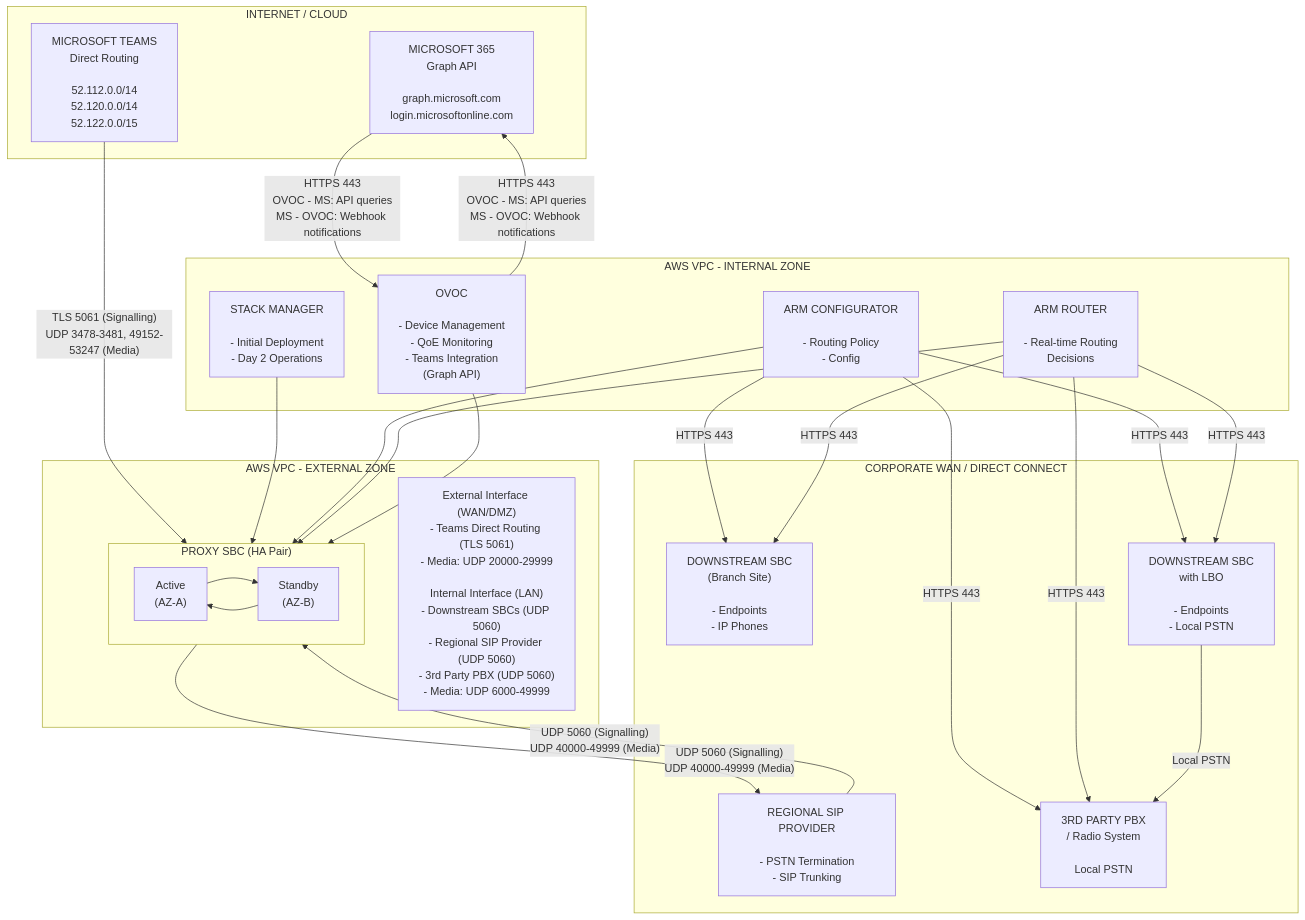
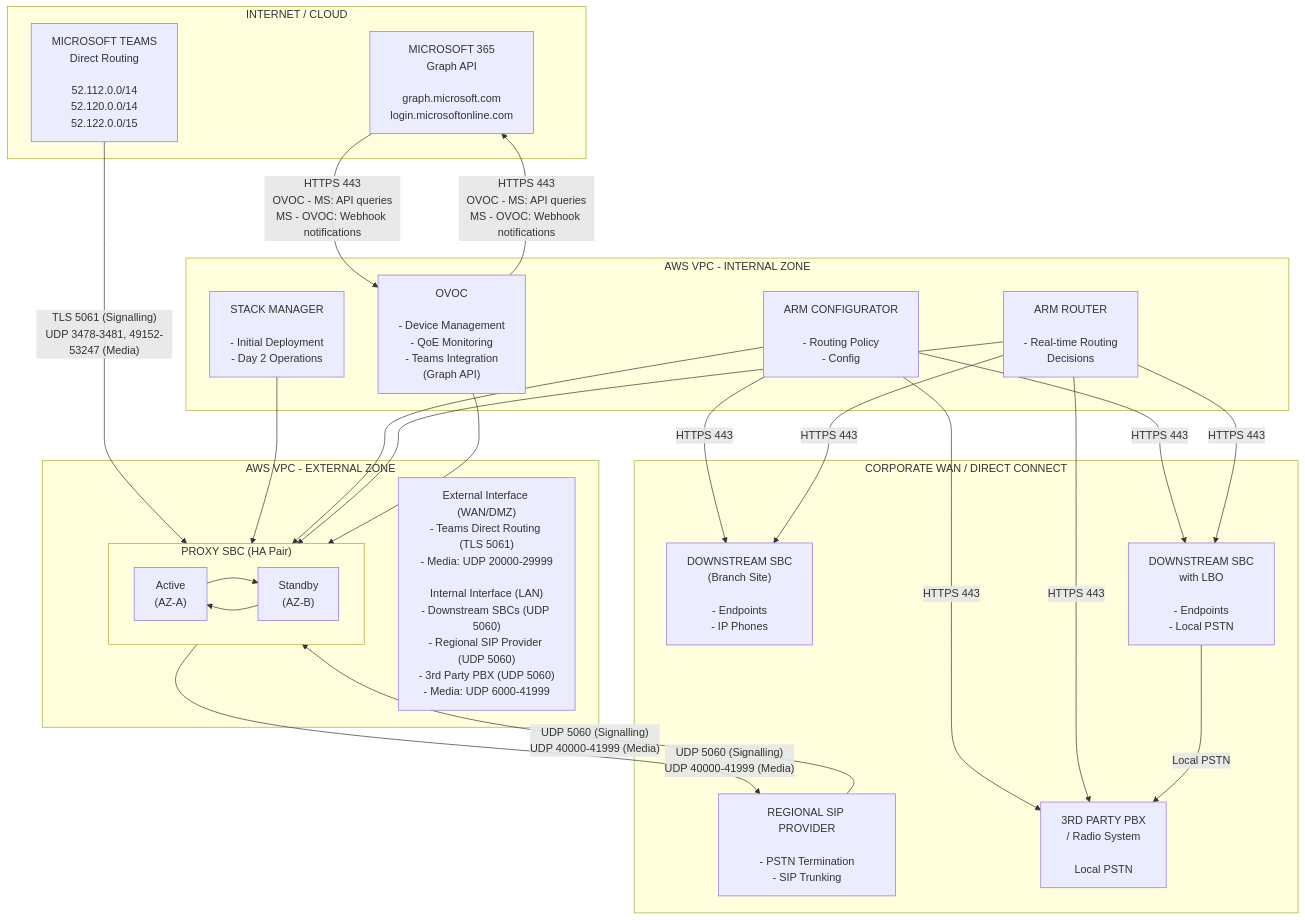
Before and after one commit to kevinsing999/public: diagram 12 of 26 in AudioCodes-AWS-Deployment-Guide.md, drawn with Mermaid. The commit also changed other lines of this file and 53 other files, not shown here.

````diff
--- a/AudioCodes-AWS-Deployment-Guide.md
+++ b/AudioCodes-AWS-Deployment-Guide.md
@@ -3297,52 +3325,52 @@
 ```mermaid
 flowchart TB
     subgraph Internet["INTERNET / CLOUD"]
         Teams["MICROSOFT TEAMS<br/>Direct Routing<br/><br/>52.112.0.0/14<br/>52.120.0.0/14<br/>52.122.0.0/15"]
         M365["MICROSOFT 365<br/>Graph API<br/><br/>graph.microsoft.com<br/>login.microsoftonline.com"]
     end
 
     subgraph ExternalZone["AWS VPC - EXTERNAL ZONE"]
         subgraph ProxySBC["PROXY SBC (HA Pair)"]
             Active["Active<br/>(AZ-A)"]
             Standby["Standby<br/>(AZ-B)"]
             Active --> Standby
             Standby --> Active
         end
-        ProxySBCInfo["External Interface (WAN/DMZ)<br/>- Teams Direct Routing (TLS 5061)<br/>- Media: UDP 20000-29999<br/><br/>Internal Interface (LAN)<br/>- Downstream SBCs (UDP 5060)<br/>- Regional SIP Provider (UDP 5060)<br/>- 3rd Party PBX (UDP 5060)<br/>- Media: UDP 6000-49999"]
+        ProxySBCInfo["External Interface (WAN/DMZ)<br/>- Teams Direct Routing (TLS 5061)<br/>- Media: UDP 20000-29999<br/><br/>Internal Interface (LAN)<br/>- Downstream SBCs (UDP 5060)<br/>- Regional SIP Provider (UDP 5060)<br/>- 3rd Party PBX (UDP 5060)<br/>- Media: UDP 6000-41999"]
     end
 
     subgraph InternalZone["AWS VPC - INTERNAL ZONE"]
         StackMgr["STACK MANAGER<br/><br/>- Initial Deployment<br/>- Day 2 Operations"]
         ARMConfig["ARM CONFIGURATOR<br/><br/>- Routing Policy<br/>- Config"]
         ARMRouter["ARM ROUTER<br/><br/>- Real-time Routing<br/>  Decisions"]
         OVOC["OVOC<br/><br/>- Device Management<br/>- QoE Monitoring<br/>- Teams Integration<br/>  (Graph API)"]
     end
 
     subgraph CorpWAN["CORPORATE WAN / DIRECT CONNECT"]
         SIPProvider["REGIONAL SIP PROVIDER<br/><br/>- PSTN Termination<br/>- SIP Trunking"]
         DownstreamSBC1["DOWNSTREAM SBC<br/>(Branch Site)<br/><br/>- Endpoints<br/>- IP Phones"]
         DownstreamSBC2["DOWNSTREAM SBC<br/>with LBO<br/><br/>- Endpoints<br/>- Local PSTN"]
         ThirdPartyPBX["3RD PARTY PBX<br/>/ Radio System<br/><br/>Local PSTN"]
     end
 
     Teams -->|"TLS 5061 (Signalling)<br/>UDP 3478-3481, 49152-53247 (Media)"| ProxySBC
     M365 -->|"HTTPS 443<br/>OVOC - MS: API queries<br/>MS - OVOC: Webhook notifications"| OVOC
     OVOC -->|"HTTPS 443<br/>OVOC - MS: API queries<br/>MS - OVOC: Webhook notifications"| M365
 
     StackMgr --> ProxySBC
     ARMConfig --> ProxySBC
     ARMRouter --> ProxySBC
     OVOC --> ProxySBC
 
-    ProxySBC -->|"UDP 5060 (Signalling)<br/>UDP 40000-49999 (Media)"| SIPProvider
-    SIPProvider -->|"UDP 5060 (Signalling)<br/>UDP 40000-49999 (Media)"| ProxySBC
+    ProxySBC -->|"UDP 5060 (Signalling)<br/>UDP 40000-41999 (Media)"| SIPProvider
+    SIPProvider -->|"UDP 5060 (Signalling)<br/>UDP 40000-41999 (Media)"| ProxySBC
 
     ARMConfig -->|"HTTPS 443"| DownstreamSBC1
     ARMConfig -->|"HTTPS 443"| DownstreamSBC2
     ARMRouter -->|"HTTPS 443"| DownstreamSBC1
     ARMRouter -->|"HTTPS 443"| DownstreamSBC2
     ARMConfig -->|"HTTPS 443"| ThirdPartyPBX
     ARMRouter -->|"HTTPS 443"| ThirdPartyPBX
 
     DownstreamSBC2 -->|"Local PSTN"| ThirdPartyPBX
 ```
````
